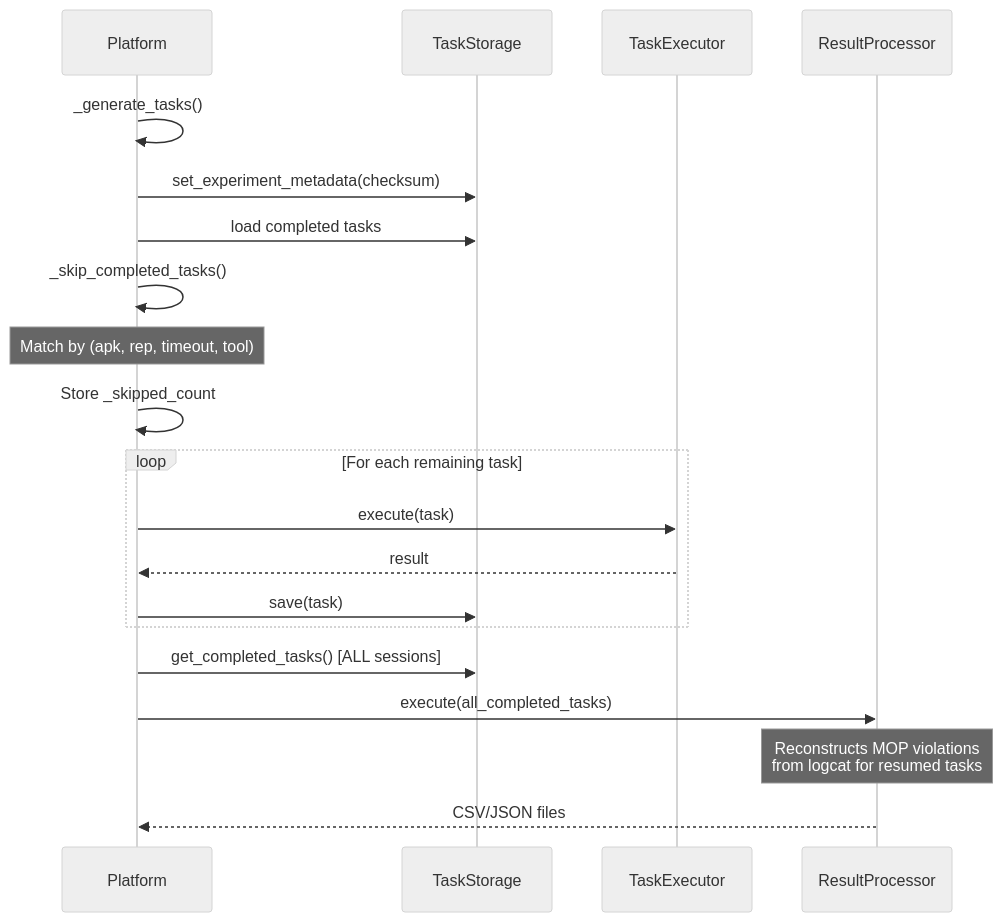
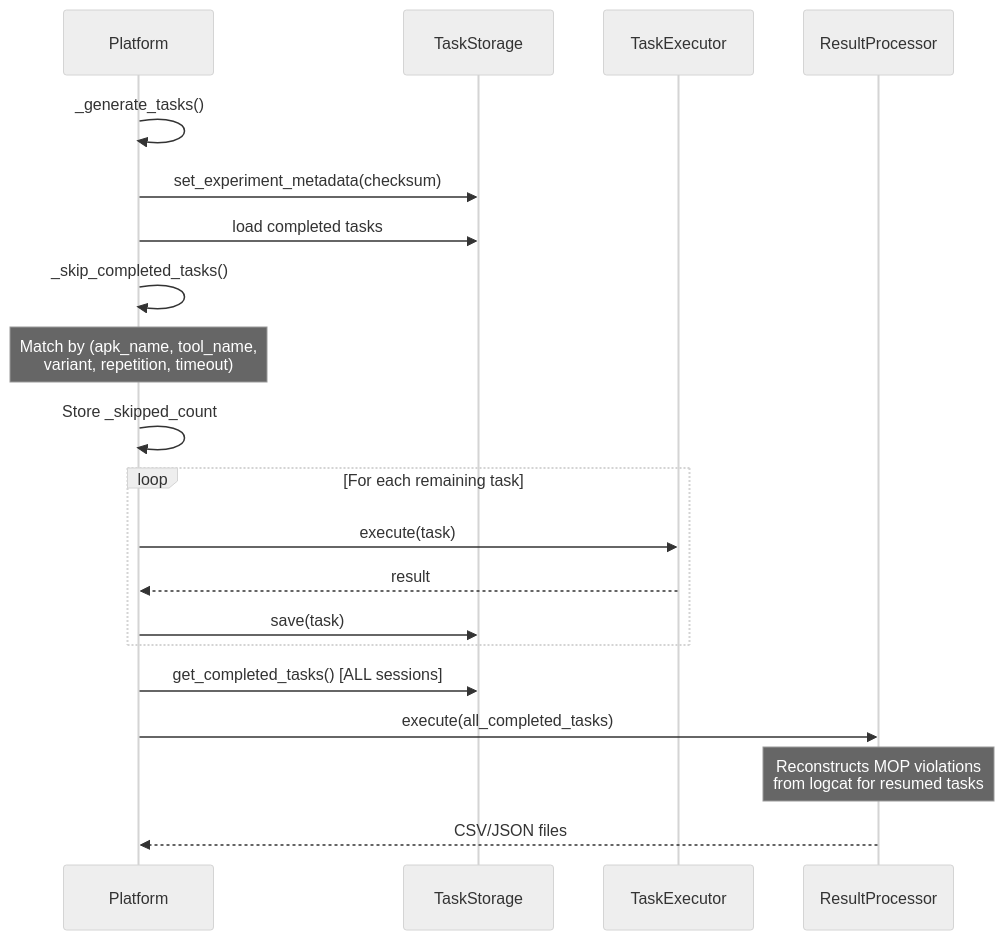
One commit to PAMunb/rvsec changed the fifth of 5 diagrams in rv-android/modules/rv-platform/docs/architecture.md. Above: the diagram before and after it, drawn with Mermaid. The commit also changed other lines of this file and 19 other files, not shown here.

````diff
--- a/rv-android/modules/rv-platform/docs/architecture.md
+++ b/rv-android/modules/rv-platform/docs/architecture.md
@@ -443,26 +448,26 @@
 ```mermaid
 %%{init: {'theme': 'neutral'}}%%
 sequenceDiagram
     participant P as Platform
     participant TS as TaskStorage
     participant TE as TaskExecutor
     participant RP as ResultProcessor
 
     P->>P: _generate_tasks()
     P->>TS: set_experiment_metadata(checksum)
     P->>TS: load completed tasks
     P->>P: _skip_completed_tasks()
-    Note over P: Match by (apk, rep, timeout, tool)
+    Note over P: Match by (apk_name, tool_name,<br/>variant, repetition, timeout)
     P->>P: Store _skipped_count
 
     loop For each remaining task
         P->>TE: execute(task)
         TE-->>P: result
         P->>TS: save(task)
     end
 
     P->>TS: get_completed_tasks() [ALL sessions]
     P->>RP: execute(all_completed_tasks)
     Note over RP: Reconstructs MOP violations<br/>from logcat for resumed tasks
     RP-->>P: CSV/JSON files
 ```
````
